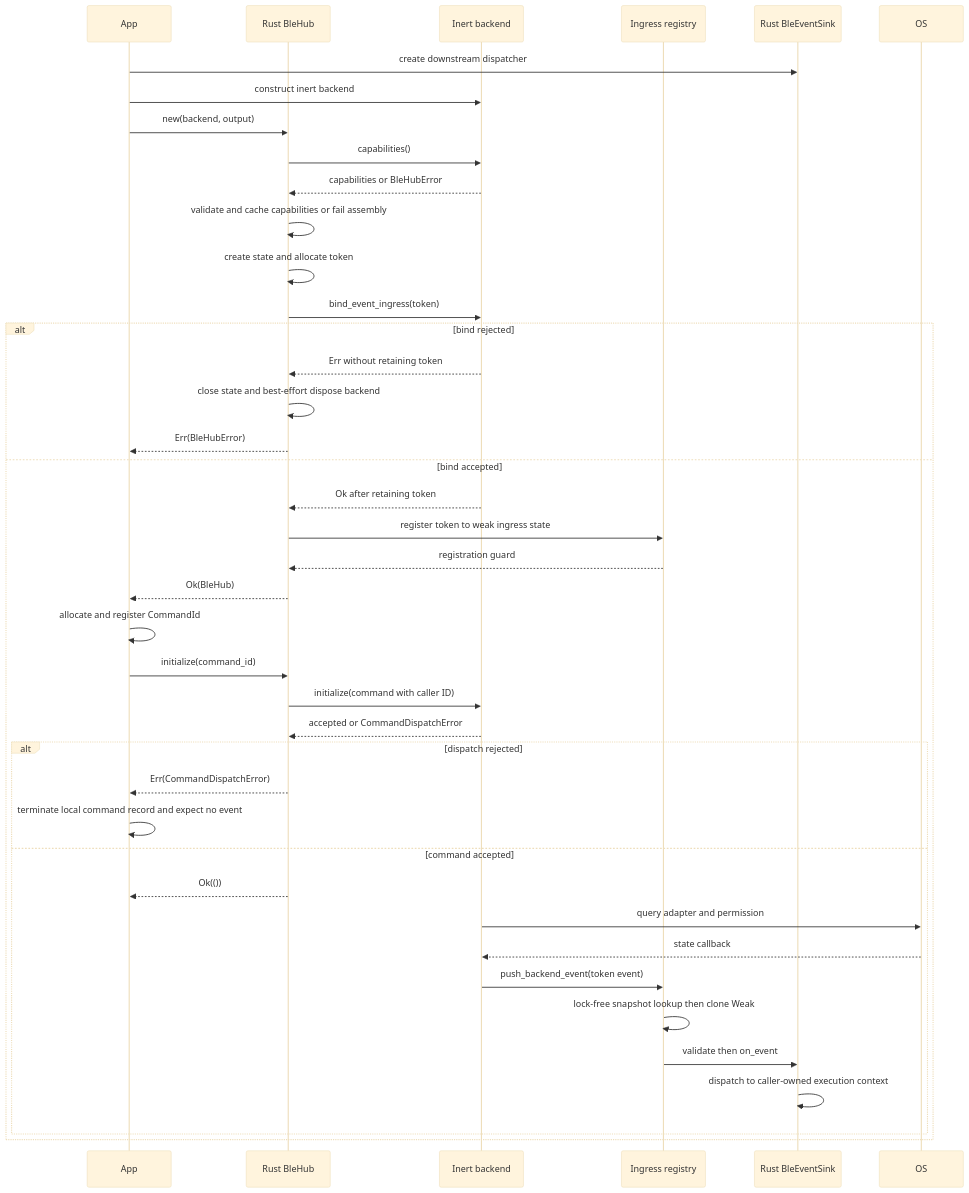
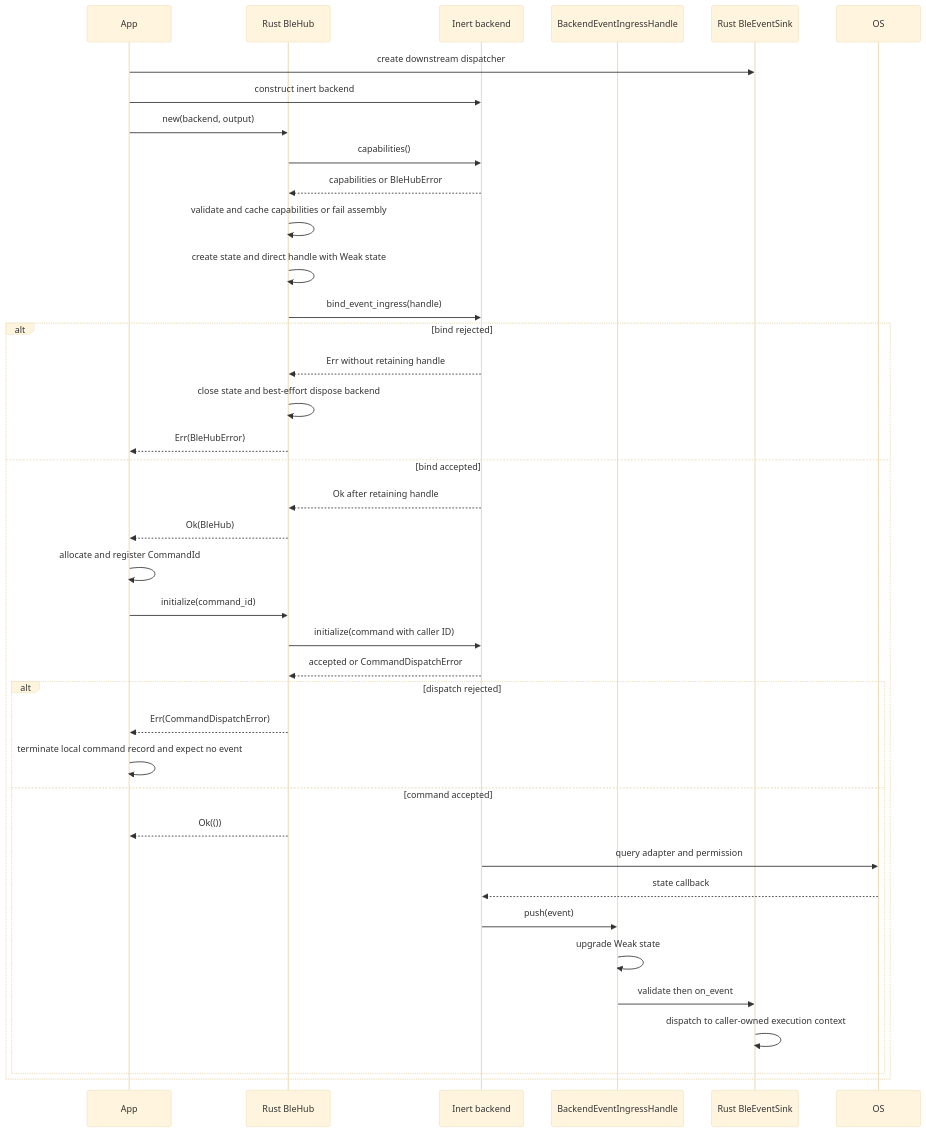
Before and after one commit to VIDLG/blengine: the fifth of 9 diagrams in .plan/PLAN.md, drawn with Mermaid (base theme). The commit also changed other lines of this file and 73 other files, not shown here.

````diff
--- a/.plan/PLAN.md
+++ b/.plan/PLAN.md
@@ -1555,44 +1541,42 @@
 ```mermaid
 sequenceDiagram
     participant App
     participant Hub as Rust BleHub
     participant Backend as Inert backend
-    participant Registry as Ingress registry
+    participant Ingress as BackendEventIngressHandle
     participant Output as Rust BleEventSink
     participant OS
 
     App->>Output: create downstream dispatcher
     App->>Backend: construct inert backend
     App->>Hub: new(backend, output)
     Hub->>Backend: capabilities()
     Backend-->>Hub: capabilities or BleHubError
     Hub->>Hub: validate and cache capabilities or fail assembly
-    Hub->>Hub: create state and allocate token
-    Hub->>Backend: bind_event_ingress(token)
+    Hub->>Hub: create state and direct handle with Weak state
+    Hub->>Backend: bind_event_ingress(handle)
     alt bind rejected
-        Backend-->>Hub: Err without retaining token
+        Backend-->>Hub: Err without retaining handle
         Hub->>Hub: close state and best-effort dispose backend
         Hub-->>App: Err(BleHubError)
     else bind accepted
-        Backend-->>Hub: Ok after retaining token
-        Hub->>Registry: register token to weak ingress state
-        Registry-->>Hub: registration guard
+        Backend-->>Hub: Ok after retaining handle
         Hub-->>App: Ok(BleHub)
         App->>App: allocate and register CommandId
         App->>Hub: initialize(command_id)
         Hub->>Backend: initialize(command with caller ID)
         Backend-->>Hub: accepted or CommandDispatchError
         alt dispatch rejected
             Hub-->>App: Err(CommandDispatchError)
             App->>App: terminate local command record and expect no event
         else command accepted
             Hub-->>App: Ok(())
             Backend->>OS: query adapter and permission
             OS-->>Backend: state callback
-            Backend->>Registry: push_backend_event(token event)
-            Registry->>Registry: lock-free snapshot lookup then clone Weak
-            Registry->>Output: validate then on_event
+            Backend->>Ingress: push(event)
+            Ingress->>Ingress: upgrade Weak state
+            Ingress->>Output: validate then on_event
             Output->>Output: dispatch to caller-owned execution context
         end
     end
 ```
````
